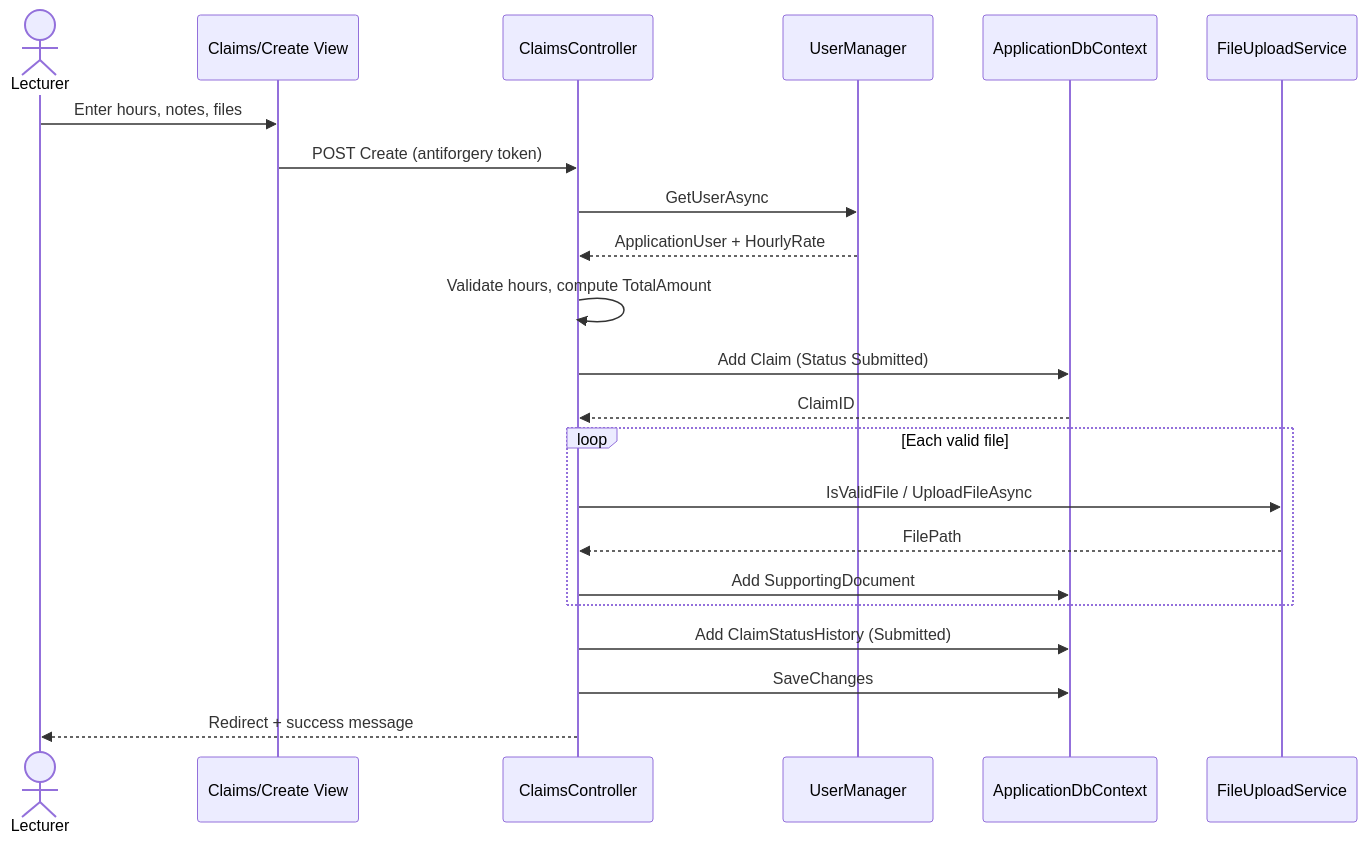
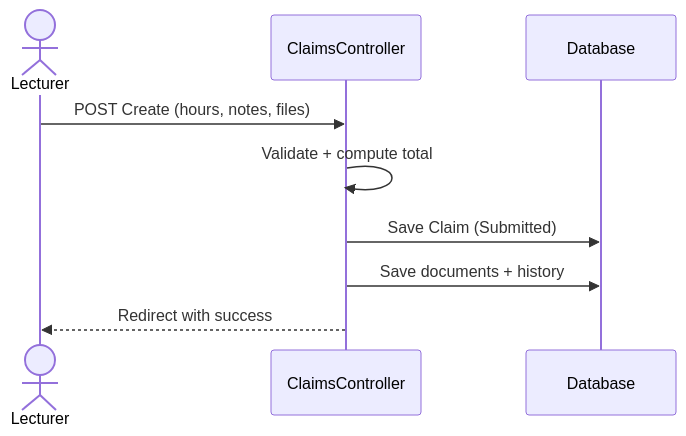
One commit to jah-guide/CMCS-Project changed the first of 3 diagrams in docs/07-sequence-flows.md. Above: the diagram before and after it, drawn with Mermaid. The commit also changed other lines of this file, not shown here.

Commit message:
docs: condense sequence flows to three core paths

````diff
--- a/docs/07-sequence-flows.md
+++ b/docs/07-sequence-flows.md
@@ -7,25 +7,12 @@
 ```mermaid
 sequenceDiagram
     actor L as Lecturer
-    participant UI as Claims/Create View
     participant C as ClaimsController
-    participant UM as UserManager
-    participant DB as ApplicationDbContext
-    participant FS as FileUploadService
+    participant DB as Database
 
-    L->>UI: Enter hours, notes, files
-    UI->>C: POST Create (antiforgery token)
-    C->>UM: GetUserAsync
-    UM-->>C: ApplicationUser + HourlyRate
-    C->>C: Validate hours, compute TotalAmount
-    C->>DB: Add Claim (Status Submitted)
-    DB-->>C: ClaimID
-    loop Each valid file
-        C->>FS: IsValidFile / UploadFileAsync
-        FS-->>C: FilePath
-        C->>DB: Add SupportingDocument
-    end
-    C->>DB: Add ClaimStatusHistory (Submitted)
-    C->>DB: SaveChanges
-    C-->>L: Redirect + success message
+    L->>C: POST Create (hours, notes, files)
+    C->>C: Validate + compute total
+    C->>DB: Save Claim (Submitted)
+    C->>DB: Save documents + history
+    C-->>L: Redirect with success
 ```
````
